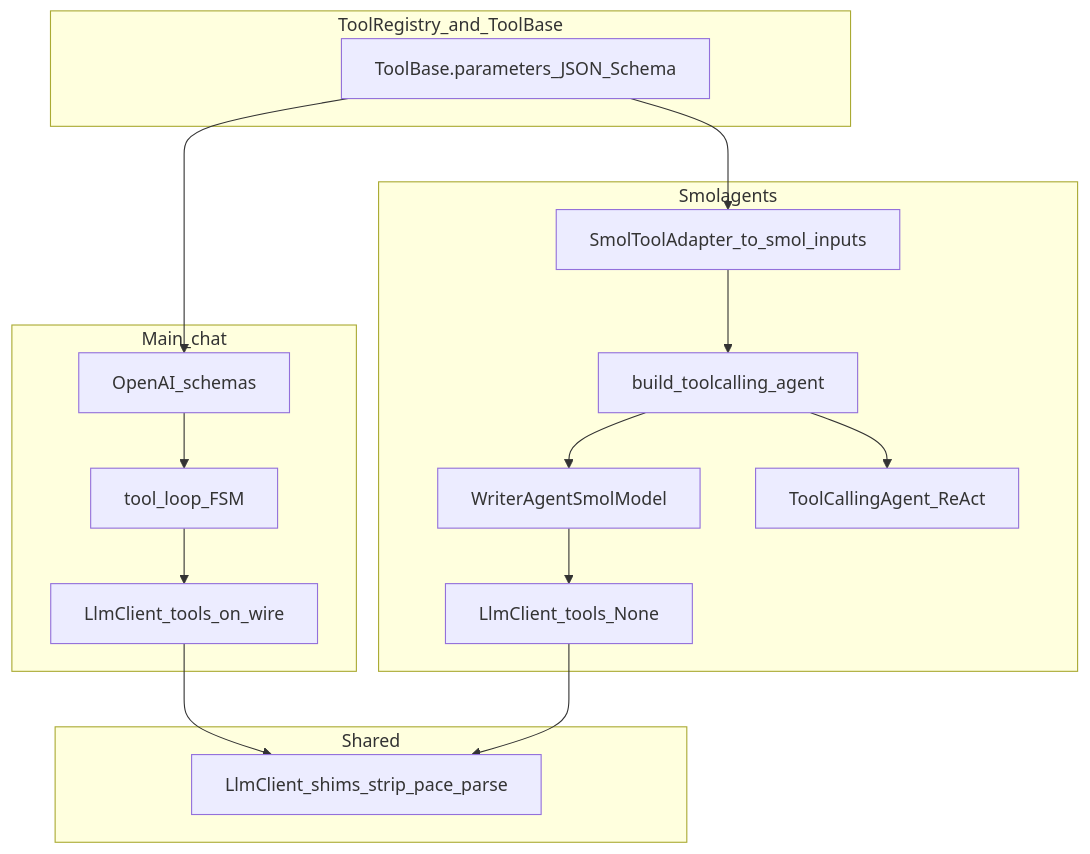
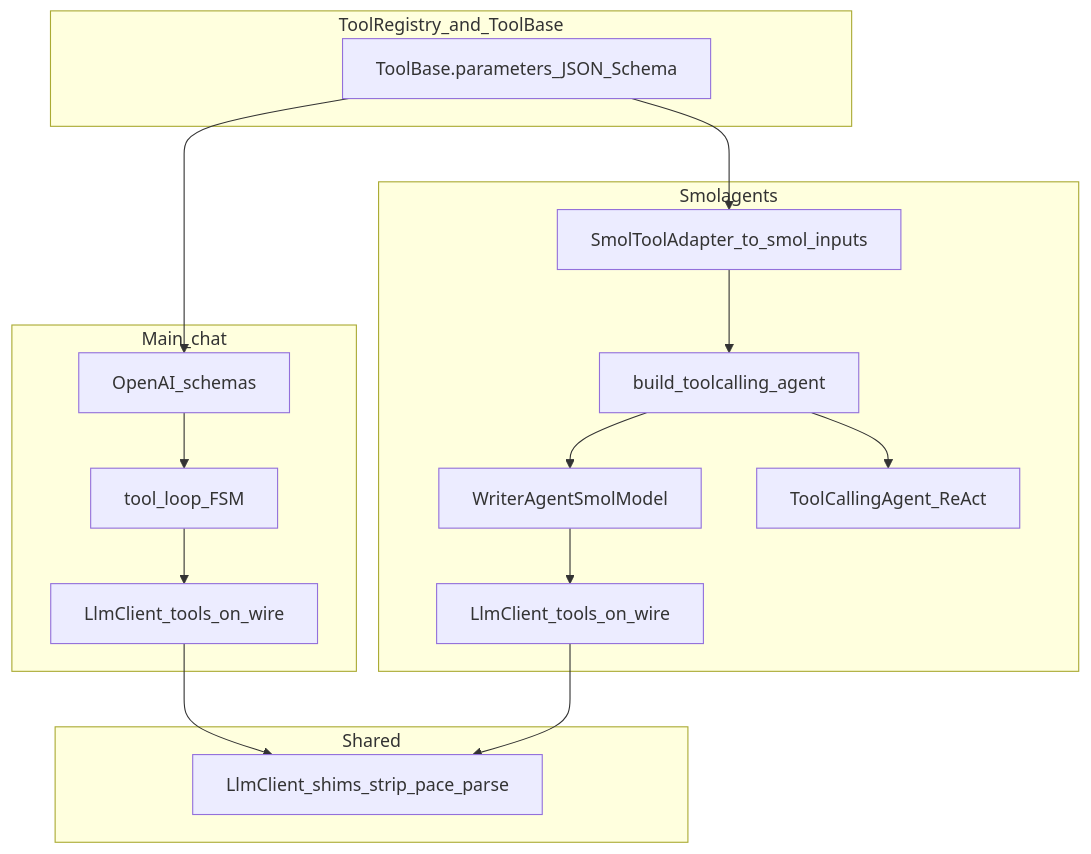
One commit to KeithCu/writeragent changed the diagram in docs/smol-main-chat-tool-architecture.md. Above: the diagram before and after it, drawn with Mermaid. The commit also changed other lines of this file and 6 other files, not shown here.

````diff
--- a/docs/smol-main-chat-tool-architecture.md
+++ b/docs/smol-main-chat-tool-architecture.md
@@ -50,31 +48,31 @@
 ```mermaid
 flowchart TB
   subgraph registry [ToolRegistry_and_ToolBase]
     TB[ToolBase.parameters_JSON_Schema]
   end
   subgraph mainPath [Main_chat]
     SCHEMA[OpenAI_schemas]
     TL[tool_loop_FSM]
     LLM1[LlmClient_tools_on_wire]
   end
   subgraph smolPath [Smolagents]
     ADAPT[SmolToolAdapter_to_smol_inputs]
     FACT[build_toolcalling_agent]
     WSM[WriterAgentSmolModel]
-    LLM2[LlmClient_tools_None]
+    LLM2[LlmClient_tools_on_wire]
     TCA[ToolCallingAgent_ReAct]
   end
   subgraph shared [Shared]
     LC[LlmClient_shims_strip_pace_parse]
   end
   TB --> SCHEMA
   TB --> ADAPT
   SCHEMA --> TL
   TL --> LLM1
   ADAPT --> FACT
   FACT --> WSM
   WSM --> LLM2
   LLM1 --> LC
   LLM2 --> LC
   FACT --> TCA
 ```
````
